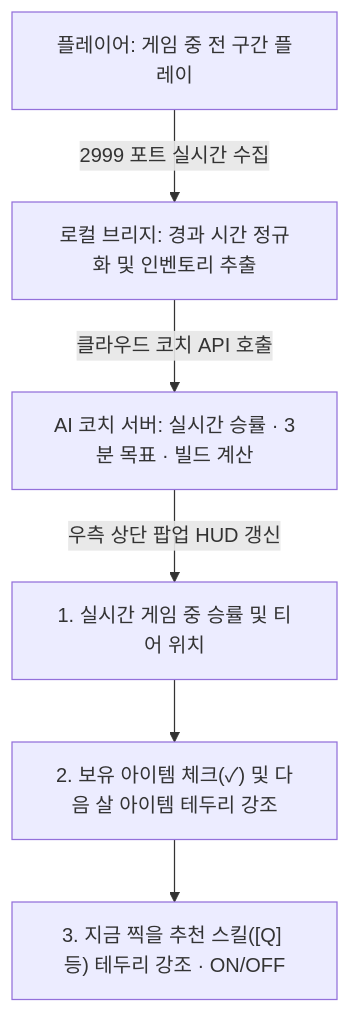
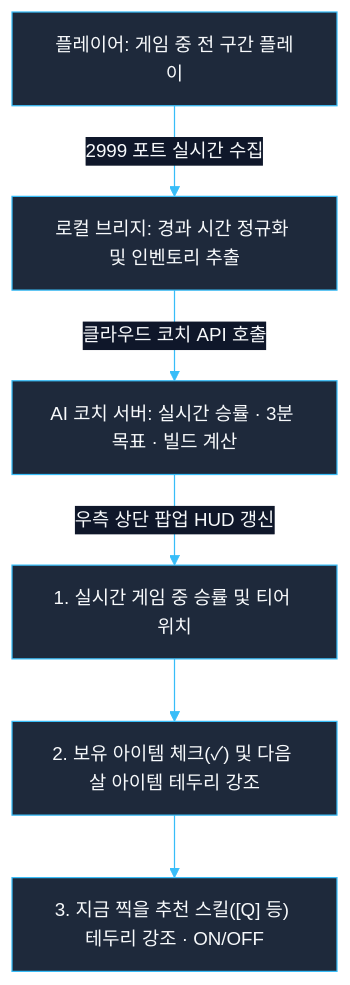
The first of 3 diagrams in 계획서.md (wpalswpa/lol-pacemaker-mlops), drawn with Mermaid before and after one commit. The commit also changed other lines of this file and 2 other files, not shown here.

Commit message:
docs: add visualized Task-Runner MLOps architecture & overlay HUD images and dark-theme readable Mermaid

````diff
--- a/계획서.md
+++ b/계획서.md
@@ -37,8 +39,9 @@
 ```mermaid
+%%{init: {'theme': 'base', 'themeVariables': {'primaryColor': '#1E293B', 'primaryTextColor': '#F8FAFC', 'primaryBorderColor': '#38BDF8', 'lineColor': '#38BDF8', 'secondaryColor': '#0F172A', 'tertiaryColor': '#0F172A', 'edgeLabelBackground': '#0F172A', 'fontSize': '15px'}}}%%
 flowchart TD
     P["플레이어: 게임 중 전 구간 플레이"] -->|"2999 포트 실시간 수집"| B["로컬 브리지: 경과 시간 정규화 및 인벤토리 추출"]
     B -->|"클라우드 코치 API 호출"| C["AI 코치 서버: 실시간 승률 · 3분 목표 · 빌드 계산"]
     C -->|"우측 상단 팝업 HUD 갱신"| H1["1. 실시간 게임 중 승률 및 티어 위치"]
     H1 --> H2["2. 보유 아이템 체크(✓) 및 다음 살 아이템 테두리 강조"]
     H2 --> H3["3. 지금 찍을 추천 스킬([Q] 등) 테두리 강조 · ON/OFF"]
 ```
````
